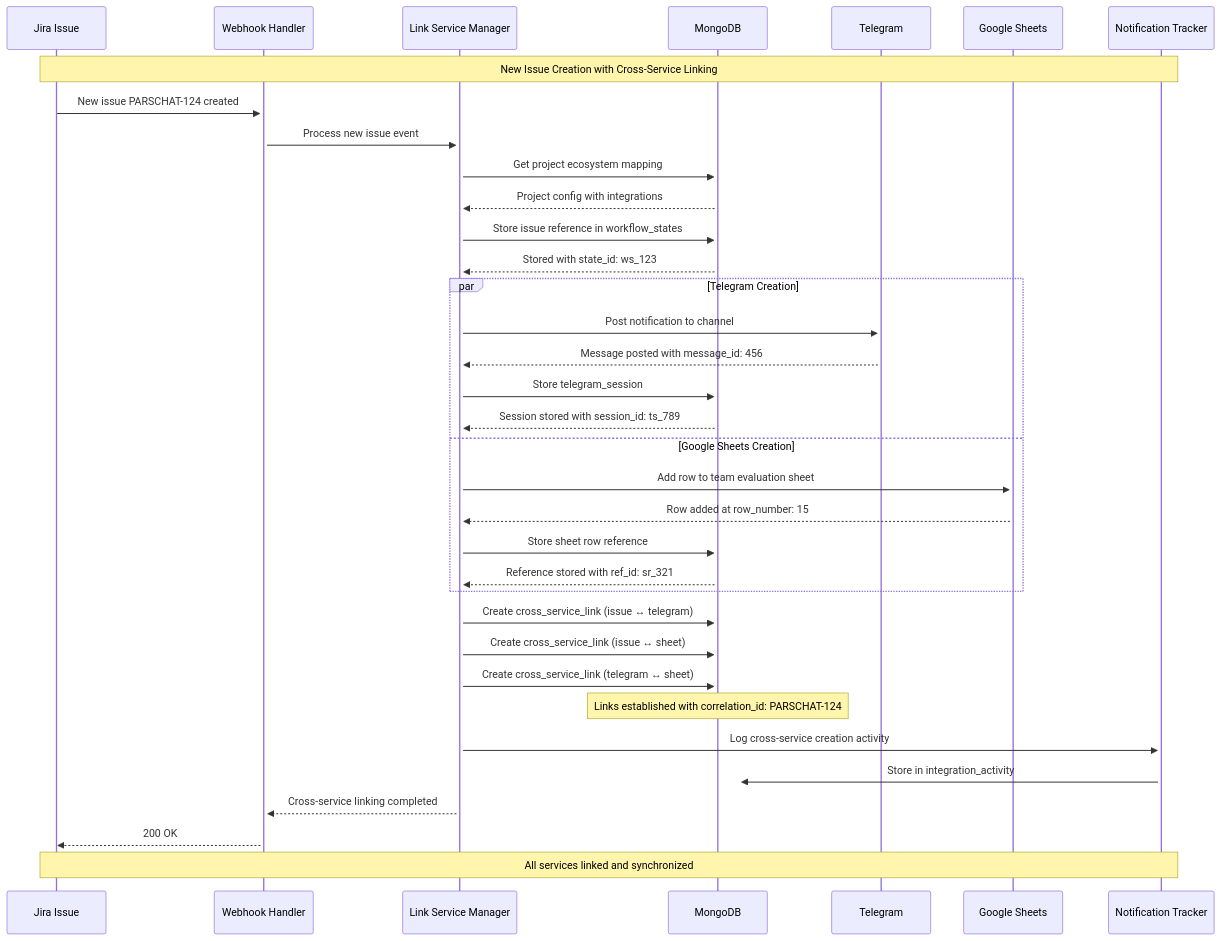
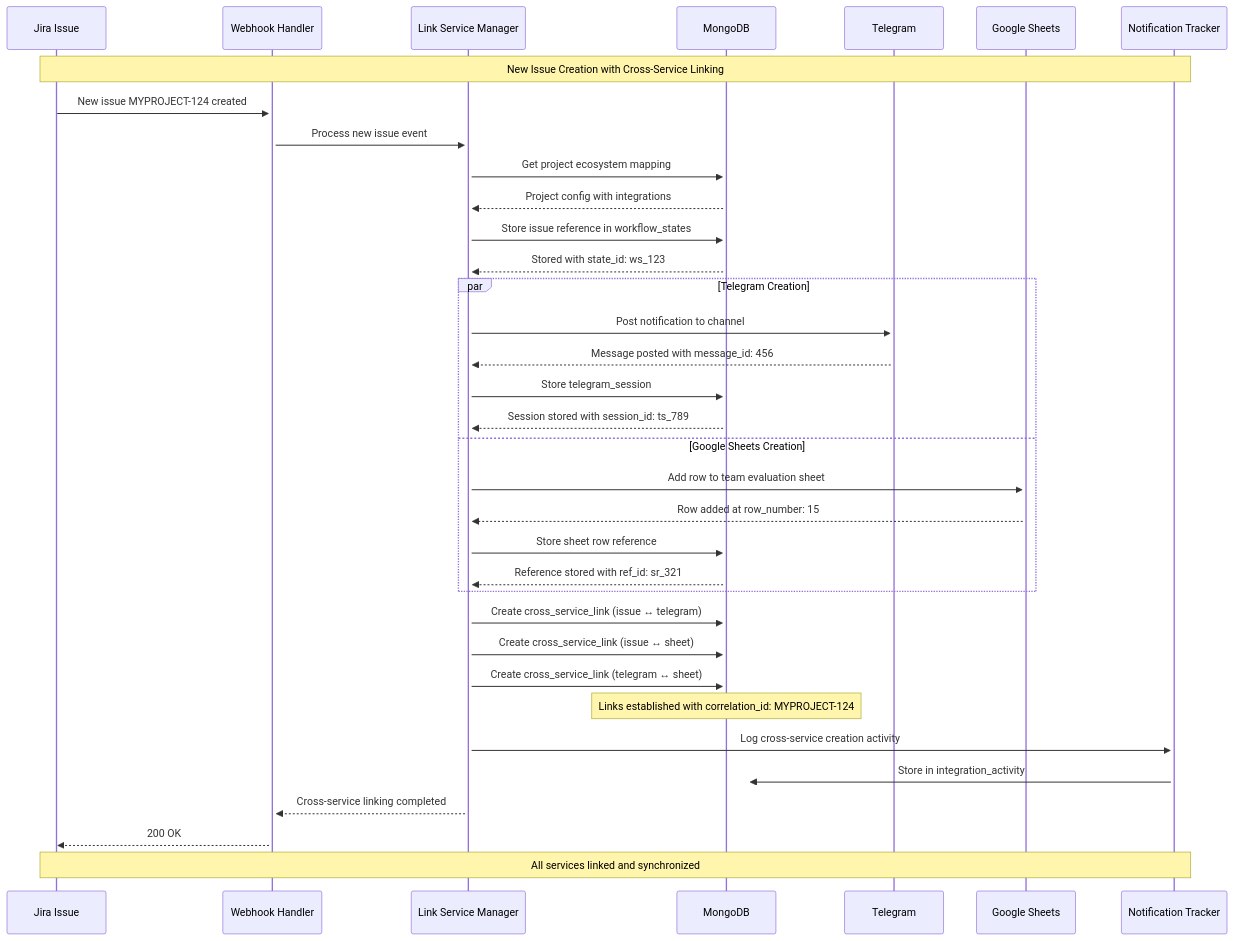
One commit to alikaz3mi/jira-telegram-bot changed the third of 9 diagrams in docs/infrastructure/cross-service-integration-patterns.md. Above: the diagram before and after it, drawn with Mermaid. The commit also changed other lines of this file and 80 other files, not shown here.

````diff
--- a/docs/infrastructure/cross-service-integration-patterns.md
+++ b/docs/infrastructure/cross-service-integration-patterns.md
@@ -149,53 +149,53 @@
 ```mermaid
 sequenceDiagram
     participant JI as Jira Issue
     participant WH as Webhook Handler
     participant LSM as Link Service Manager
     participant DB as MongoDB
     participant TG as Telegram
     participant GS as Google Sheets
     participant NT as Notification Tracker
 
     Note over JI,NT: New Issue Creation with Cross-Service Linking
 
     %% Issue creation
-    JI->>+WH: New issue PARSCHAT-124 created
+    JI->>+WH: New issue MYPROJECT-124 created
     WH->>+LSM: Process new issue event
 
     %% Link service processing
     LSM->>+DB: Get project ecosystem mapping
     DB-->>LSM: Project config with integrations
 
     %% Create primary records
     LSM->>+DB: Store issue reference in workflow_states
     DB-->>LSM: Stored with state_id: ws_123
 
     %% Create cross-service entries
     par Telegram Creation
         LSM->>+TG: Post notification to channel
         TG-->>LSM: Message posted with message_id: 456
         LSM->>+DB: Store telegram_session
         DB-->>LSM: Session stored with session_id: ts_789
     and Google Sheets Creation
         LSM->>+GS: Add row to team evaluation sheet
         GS-->>LSM: Row added at row_number: 15
         LSM->>+DB: Store sheet row reference
         DB-->>LSM: Reference stored with ref_id: sr_321
     end
 
     %% Create cross-service links
     LSM->>+DB: Create cross_service_link (issue ↔ telegram)
     LSM->>+DB: Create cross_service_link (issue ↔ sheet)
     LSM->>+DB: Create cross_service_link (telegram ↔ sheet)
 
-    Note over DB: Links established with correlation_id: PARSCHAT-124
+    Note over DB: Links established with correlation_id: MYPROJECT-124
 
     %% Log integration activity
     LSM->>+NT: Log cross-service creation activity
     NT->>+DB: Store in integration_activity
 
     LSM-->>WH: Cross-service linking completed
     WH-->>JI: 200 OK
 
     Note over JI,NT: All services linked and synchronized
 ```
````
